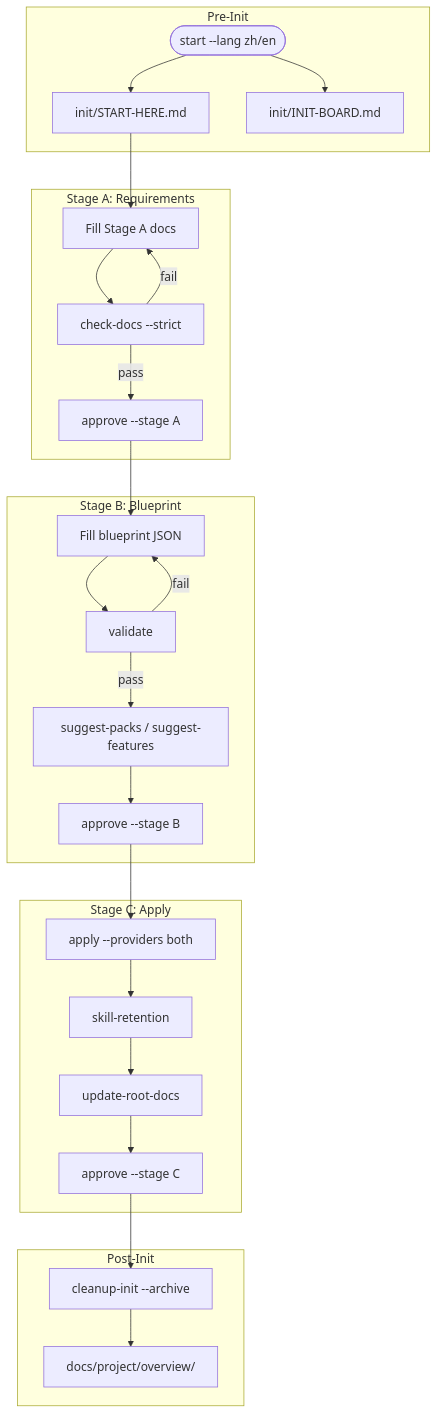
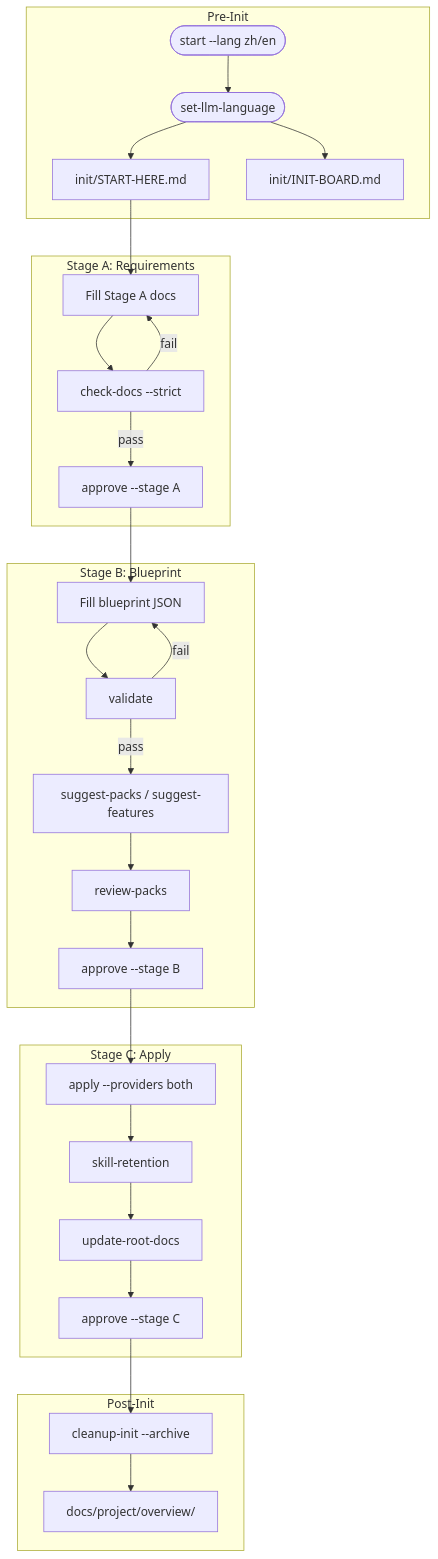
The diagram in init/README.md (willyu1007/Template-Skill-Addon), drawn with Mermaid before and after one commit. The commit also changed other lines of this file and 25 other files, not shown here.

````diff
--- a/init/README.md
+++ b/init/README.md
@@ -15,51 +15,55 @@
 ```mermaid
 flowchart TD
     subgraph PreInit [Pre-Init]
         Start([start --lang zh/en])
+        SetLang([set-llm-language])
         StartHere[init/START-HERE.md]
         InitBoard[init/INIT-BOARD.md]
     end
 
     subgraph StageA [Stage A: Requirements]
         A1[Fill Stage A docs]
         A2[check-docs --strict]
         A3[approve --stage A]
     end
 
     subgraph StageB [Stage B: Blueprint]
         B1[Fill blueprint JSON]
         B2[validate]
         B3[suggest-packs / suggest-features]
-        B4[approve --stage B]
+        B4[review-packs]
+        B5[approve --stage B]
     end
 
     subgraph StageC [Stage C: Apply]
         C1[apply --providers both]
         C2[skill-retention]
         C3[update-root-docs]
         C4[approve --stage C]
     end
 
     subgraph PostInit [Post-Init]
         Cleanup[cleanup-init --archive]
         Archive[docs/project/overview/]
     end
 
-    Start --> StartHere
-    Start --> InitBoard
+    Start --> SetLang
+    SetLang --> StartHere
+    SetLang --> InitBoard
     StartHere --> A1
     A1 --> A2
     A2 -->|pass| A3
     A2 -->|fail| A1
     A3 --> B1
     B1 --> B2
     B2 -->|pass| B3
     B2 -->|fail| B1
     B3 --> B4
-    B4 --> C1
+    B4 --> B5
+    B5 --> C1
     C1 --> C2
     C2 --> C3
     C3 --> C4
     C4 --> Cleanup
     Cleanup --> Archive
 ```
````
